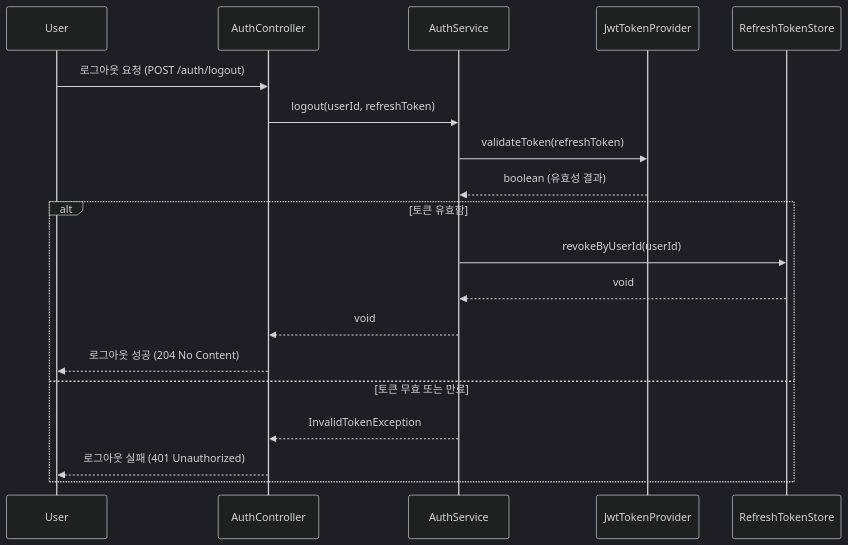
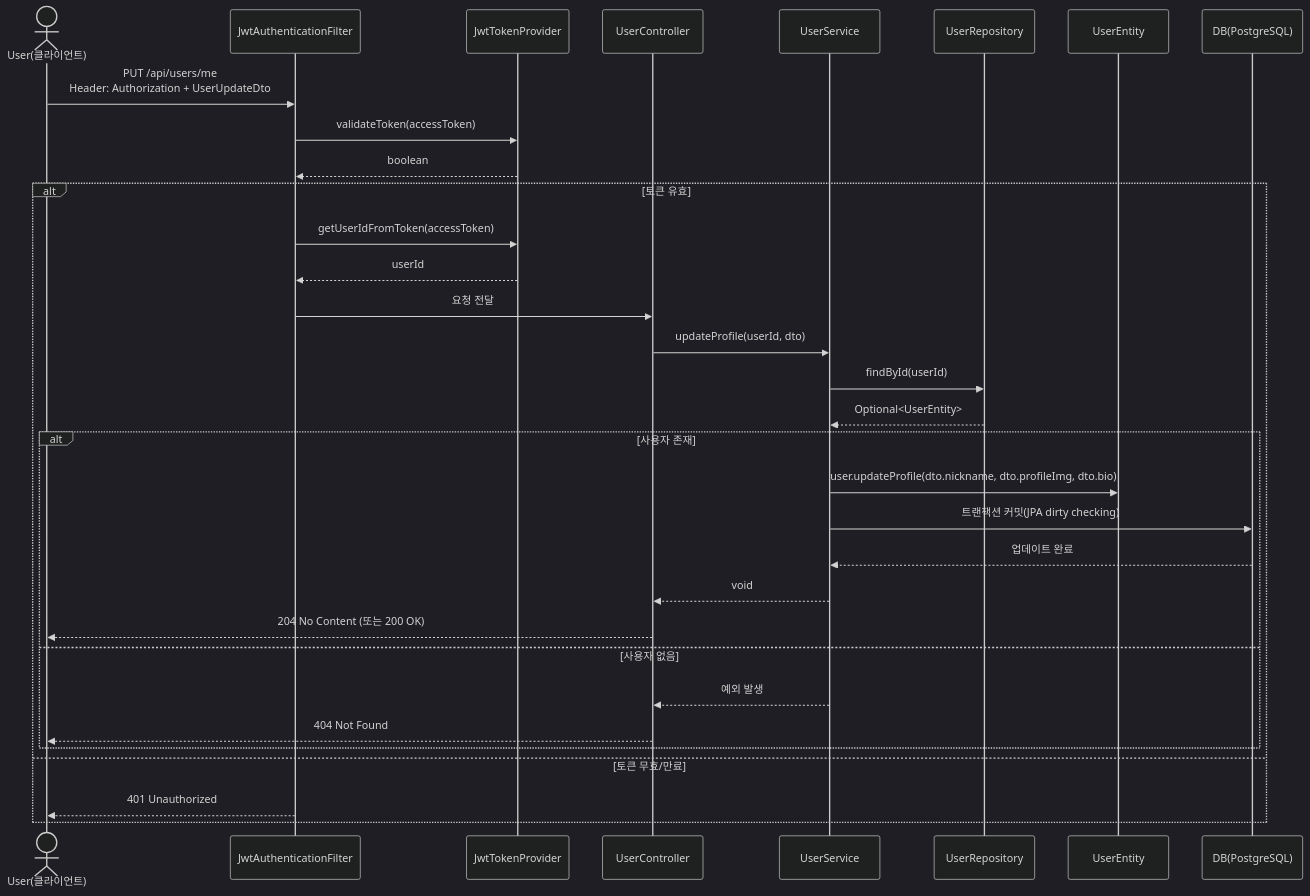
Before and after one commit to OHWCH/se_dev: the fifth of 44 diagrams in SDS_[깃라잡이].md, drawn with Mermaid (dark theme). The commit also changed other lines of this file, not shown here.

````diff
--- a/SDS_[깃라잡이].md
+++ b/SDS_[깃라잡이].md
@@ -4902,25 +4995,39 @@
 ```mermaid
 sequenceDiagram
-    participant User
-    participant AuthController
-    participant AuthService
-    participant JwtTokenProvider
-    participant RefreshTokenStore
+    actor U as User(클라이언트)
+    participant F as JwtAuthenticationFilter
+    participant JP as JwtTokenProvider
+    participant UC as UserController
+    participant US as UserService
+    participant UR as UserRepository
+    participant UE as UserEntity
+    participant DB as DB(PostgreSQL)
 
-    User->>AuthController: 로그아웃 요청 (POST /auth/logout)
-    AuthController->>AuthService: logout(userId, refreshToken)
+    U->>F: PUT /api/users/me<br/>Header: Authorization + UserUpdateDto
+    F->>JP: validateToken(accessToken)
+    JP-->>F: boolean
 
-    AuthService->>JwtTokenProvider: validateToken(refreshToken)
-    JwtTokenProvider-->>AuthService: boolean (유효성 결과)
+    alt 토큰 유효
+        F->>JP: getUserIdFromToken(accessToken)
+        JP-->>F: userId
+        F->>UC: 요청 전달
 
-    alt 토큰 유효함
-        AuthService->>RefreshTokenStore: revokeByUserId(userId)
-        RefreshTokenStore-->>AuthService: void
-        AuthService-->>AuthController: void
-        AuthController-->>User: 로그아웃 성공 (204 No Content)
-    else 토큰 무효 또는 만료
-        AuthService-->>AuthController: InvalidTokenException
-        AuthController-->>User: 로그아웃 실패 (401 Unauthorized)
+        UC->>US: updateProfile(userId, dto)
+        US->>UR: findById(userId)
+        UR-->>US: Optional<UserEntity>
+
+        alt 사용자 존재
+            US->>UE: user.updateProfile(dto.nickname, dto.profileImg, dto.bio)
+            US->>DB: 트랜잭션 커밋(JPA dirty checking)
+            DB-->>US: 업데이트 완료
+            US-->>UC: void
+            UC-->>U: 204 No Content (또는 200 OK)
+        else 사용자 없음
+            US-->>UC: 예외 발생
+            UC-->>U: 404 Not Found
+        end
+    else 토큰 무효/만료
+        F-->>U: 401 Unauthorized
     end
 
 ```
````
